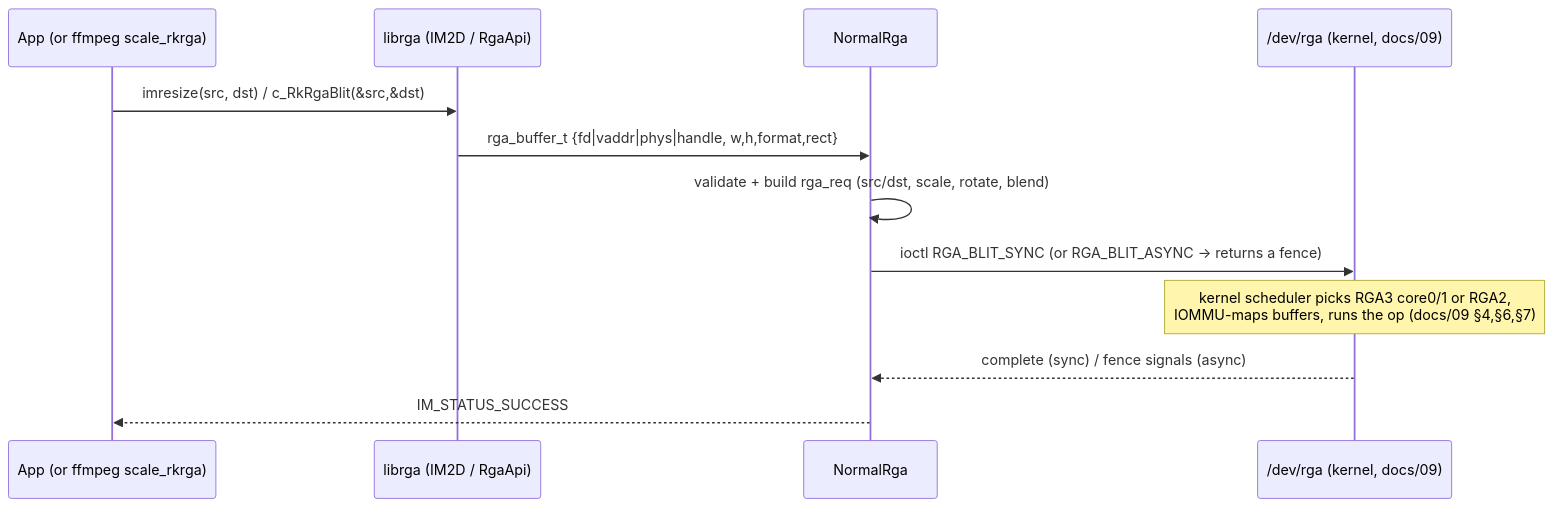
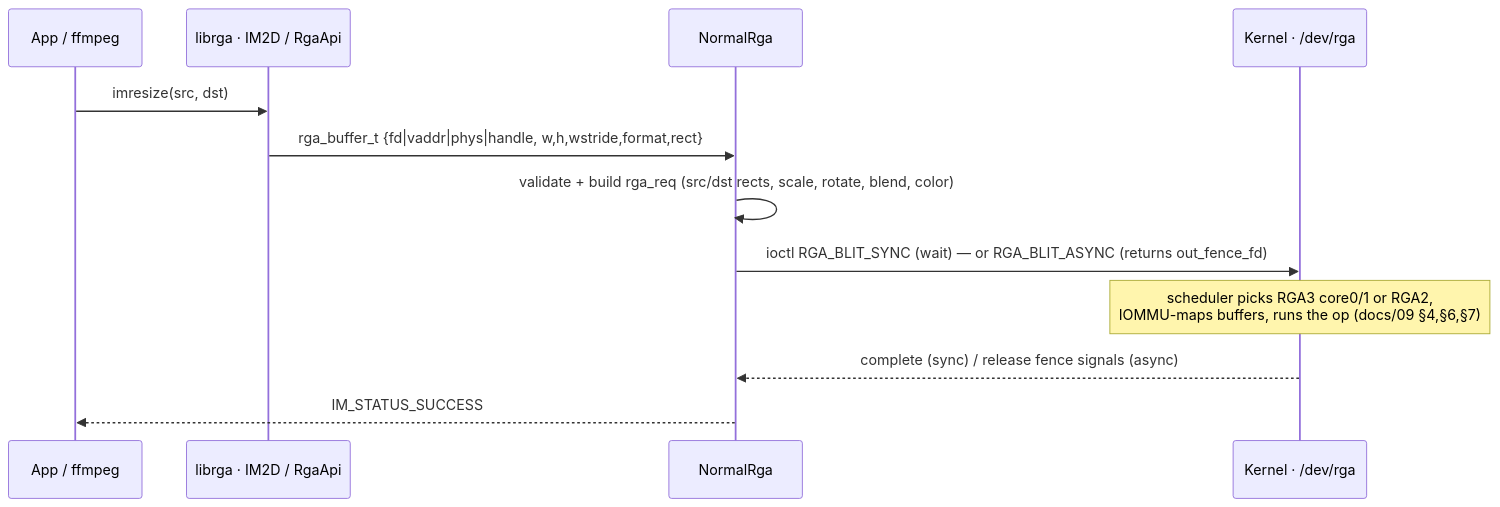
Before and after one commit to yisding/rock-5b-ysp: the fifth of 6 diagrams in docs/10-how-the-userspace-libs-work.md, drawn with Mermaid. The commit also changed other lines of this file and 1 other file, not shown here.

````diff
--- a/docs/10-how-the-userspace-libs-work.md
+++ b/docs/10-how-the-userspace-libs-work.md
@@ -196,14 +234,14 @@
 ```mermaid
 sequenceDiagram
-  participant A as App (or ffmpeg scale_rkrga)
-  participant L as librga (IM2D / RgaApi)
+  participant A as App / ffmpeg
+  participant L as librga · IM2D / RgaApi
   participant N as NormalRga
-  participant K as /dev/rga (kernel, docs/09)
-  A->>L: imresize(src, dst)  /  c_RkRgaBlit(&src,&dst)
-  L->>N: rga_buffer_t {fd|vaddr|phys|handle, w,h,format,rect}
-  N->>N: validate + build rga_req (src/dst, scale, rotate, blend)
-  N->>K: ioctl RGA_BLIT_SYNC   (or RGA_BLIT_ASYNC → returns a fence)
-  Note over K: kernel scheduler picks RGA3 core0/1 or RGA2,<br/>IOMMU-maps buffers, runs the op (docs/09 §4,§6,§7)
-  K-->>N: complete (sync) / fence signals (async)
+  participant K as Kernel · /dev/rga
+  A->>L: imresize(src, dst)
+  L->>N: rga_buffer_t {fd|vaddr|phys|handle, w,h,wstride,format,rect}
+  N->>N: validate + build rga_req (src/dst rects, scale, rotate, blend, color)
+  N->>K: ioctl RGA_BLIT_SYNC (wait) — or RGA_BLIT_ASYNC (returns out_fence_fd)
+  Note over K: scheduler picks RGA3 core0/1 or RGA2,<br/>IOMMU-maps buffers, runs the op (docs/09 §4,§6,§7)
+  K-->>N: complete (sync) / release fence signals (async)
   N-->>A: IM_STATUS_SUCCESS
 ```
````
